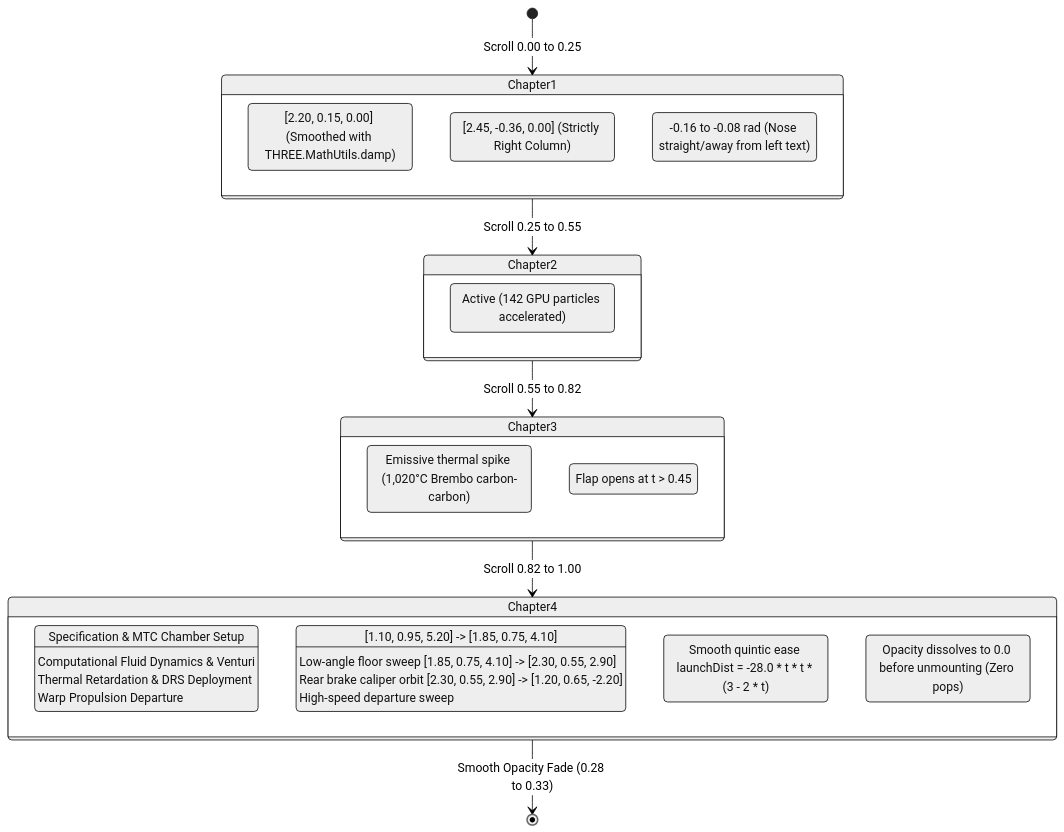
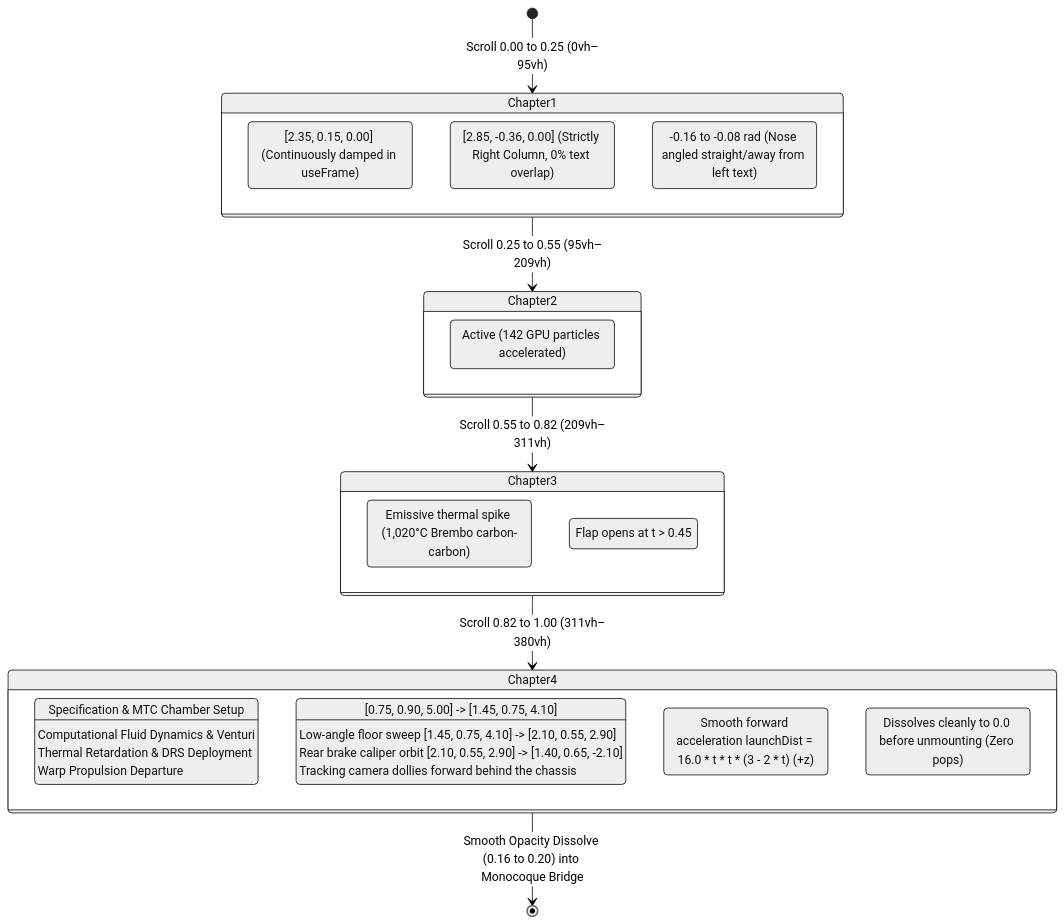
One commit to atharvabhalerao031005/F1-Project changed the second of 2 diagrams in VELOCE_MASTER_PROJECT_DOSSIER.md. Above: the diagram before and after it, drawn with Mermaid (neutral theme). The commit also changed other lines of this file, not shown here.

Commit message:
docs(dossier): update master specification to v2.1.0 with continuous 60/120 FPS scrollytelling, CAD explosion bridge, and spatial bottom dock

````diff
--- a/VELOCE_MASTER_PROJECT_DOSSIER.md
+++ b/VELOCE_MASTER_PROJECT_DOSSIER.md
@@ -269,36 +287,36 @@
 ```mermaid
 stateDiagram-v2
-    [*] --> Chapter1: Scroll 0.00 to 0.25
-    Chapter1 --> Chapter2: Scroll 0.25 to 0.55
-    Chapter2 --> Chapter3: Scroll 0.55 to 0.82
-    Chapter3 --> Chapter4: Scroll 0.82 to 1.00
-    Chapter4 --> [*]: Smooth Opacity Fade (0.28 to 0.33)
+    [*] --> Chapter1: Scroll 0.00 to 0.25 (0vh–95vh)
+    Chapter1 --> Chapter2: Scroll 0.25 to 0.55 (95vh–209vh)
+    Chapter2 --> Chapter3: Scroll 0.55 to 0.82 (209vh–311vh)
+    Chapter3 --> Chapter4: Scroll 0.82 to 1.00 (311vh–380vh)
+    Chapter4 --> [*]: Smooth Opacity Dissolve (0.16 to 0.20) into Monocoque Bridge
 
     state Chapter1 {
         Description: Specification & MTC Chamber Setup
-        CameraPosition: [1.10, 0.95, 5.20] -> [1.85, 0.75, 4.10]
-        LookAtTarget: [2.20, 0.15, 0.00] (Smoothed with THREE.MathUtils.damp)
-        CarPosition: [2.45, -0.36, 0.00] (Strictly Right Column)
-        CarRotation: -0.16 to -0.08 rad (Nose straight/away from left text)
+        CameraPosition: [0.75, 0.90, 5.00] -> [1.45, 0.75, 4.10]
+        LookAtTarget: [2.35, 0.15, 0.00] (Continuously damped in useFrame)
+        CarPosition: [2.85, -0.36, 0.00] (Strictly Right Column, 0% text overlap)
+        CarRotation: -0.16 to -0.08 rad (Nose angled straight/away from left text)
     }
 
     state Chapter2 {
         Description: Computational Fluid Dynamics & Venturi
-        CameraPosition: Low-angle floor sweep [1.85, 0.75, 4.10] -> [2.30, 0.55, 2.90]
+        CameraPosition: Low-angle floor sweep [1.45, 0.75, 4.10] -> [2.10, 0.55, 2.90]
         Streamlines: Active (142 GPU particles accelerated)
     }
 
     state Chapter3 {
         Description: Thermal Retardation & DRS Deployment
-        CameraPosition: Rear brake caliper orbit [2.30, 0.55, 2.90] -> [1.20, 0.65, -2.20]
+        CameraPosition: Rear brake caliper orbit [2.10, 0.55, 2.90] -> [1.40, 0.65, -2.10]
         BrakeDiscs: Emissive thermal spike (1,020°C Brembo carbon-carbon)
         DRS: Flap opens at t > 0.45
     }
 
     state Chapter4 {
         Description: Warp Propulsion Departure
-        CameraPosition: High-speed departure sweep
-        LaunchCurve: Smooth quintic ease launchDist = -28.0 * t * t * (3 - 2 * t)
-        Departure: Opacity dissolves to 0.0 before unmounting (Zero pops)
+        CameraPosition: Tracking camera dollies forward behind the chassis
+        LaunchCurve: Smooth forward acceleration launchDist = 16.0 * t * t * (3 - 2 * t) (+z)
+        Departure: Dissolves cleanly to 0.0 before unmounting (Zero pops)
     }
 ```
````
